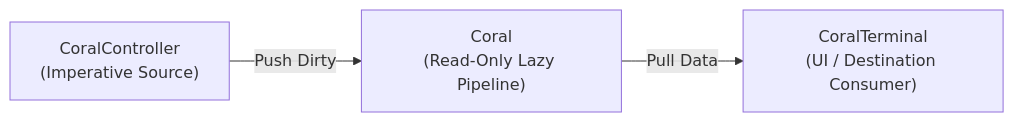
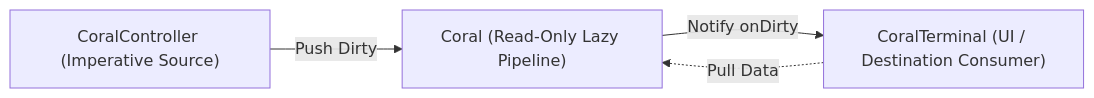
One commit to pioneerjkf/coralline changed the diagram in coralline/doc/manual/01_quickstart_and_concepts.md. Above: the diagram before and after it, drawn with Mermaid. The commit also changed other lines of this file and 47 other files, not shown here.

````diff
--- a/coralline/doc/manual/01_quickstart_and_concepts.md
+++ b/coralline/doc/manual/01_quickstart_and_concepts.md
@@ -15,5 +15,6 @@
 ```mermaid
 graph LR
-    A["CoralController<T><br/>(Imperative Source)"] -->|Push Dirty| B["Coral<T><br/>(Read-Only Lazy Pipeline)"]
-    B -->|Pull Data| C["CoralTerminal<T><br/>(UI / Destination Consumer)"]
+    A["CoralController<T> (Imperative Source)"] -->|Push Dirty| B["Coral<T> (Read-Only Lazy Pipeline)"]
+    B -->|Notify onDirty| C["CoralTerminal<T> (UI / Destination Consumer)"]
+    C -.->|Pull Data| B
 ```
````
